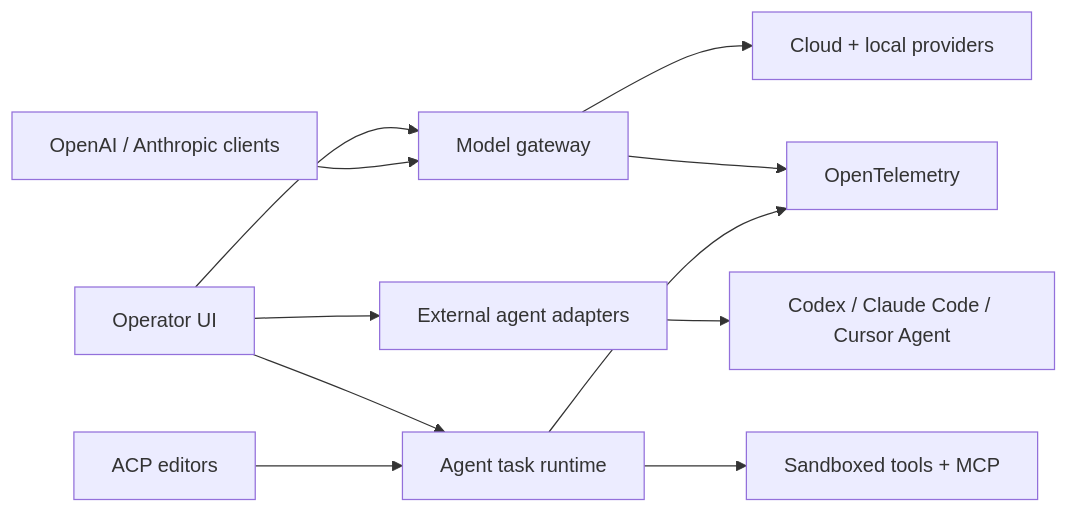
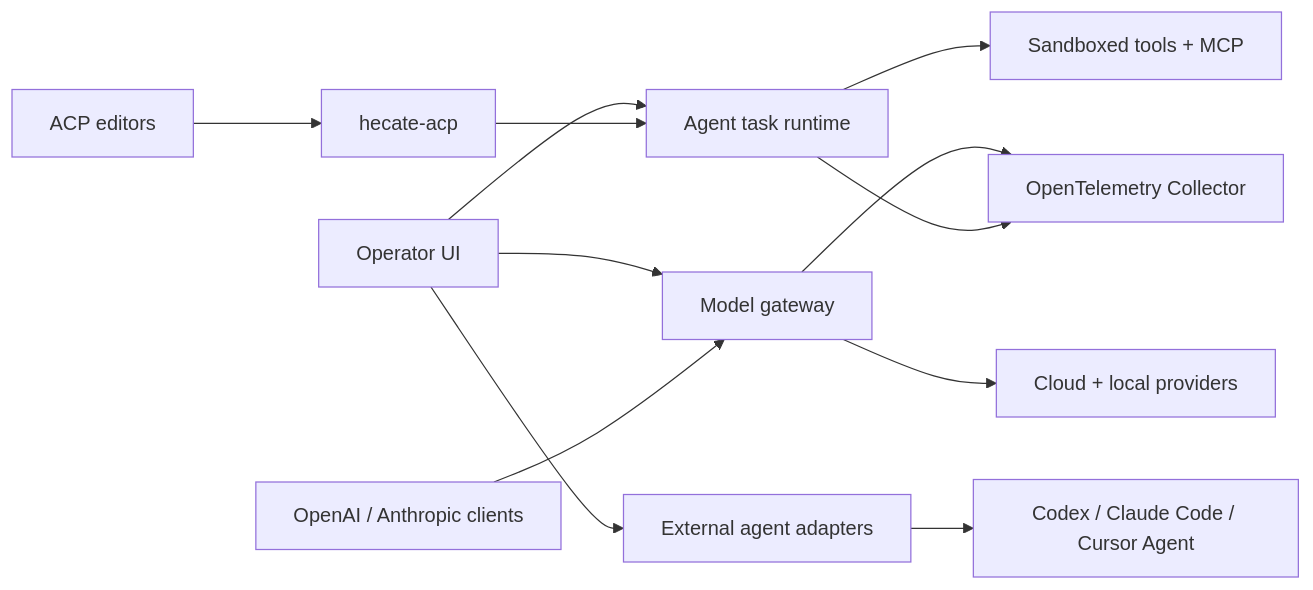
One commit to hecatehq/hecate changed the diagram in README.md. Above: the diagram before and after it, drawn with Mermaid. The commit also changed other lines of this file, not shown here.

````diff
--- a/README.md
+++ b/README.md
@@ -113,22 +114,24 @@
 ```mermaid
 flowchart LR
     Console["Operator UI"]
     APIClients["OpenAI / Anthropic clients"]
     Editors["ACP editors"]
 
     Gateway["Model gateway"]
     AgentAdapters["External agent adapters"]
     Runtime["Agent task runtime"]
+    ACP["hecate-acp"]
 
     Console --> Gateway
     Console --> AgentAdapters
     Console --> Runtime
     APIClients --> Gateway
-    Editors --> Runtime
+    Editors --> ACP
+    ACP --> Runtime
 
     Gateway --> Providers["Cloud + local providers"]
-    AgentAdapters --> CLIs["Codex / Claude Code / Cursor Agent"]
+    AgentAdapters --> Agents["Codex / Claude Code / Cursor Agent"]
     Runtime --> Tools["Sandboxed tools + MCP"]
-    Gateway --> OTel["OpenTelemetry"]
+    Gateway --> OTel["OpenTelemetry Collector"]
     Runtime --> OTel
 ```
````
